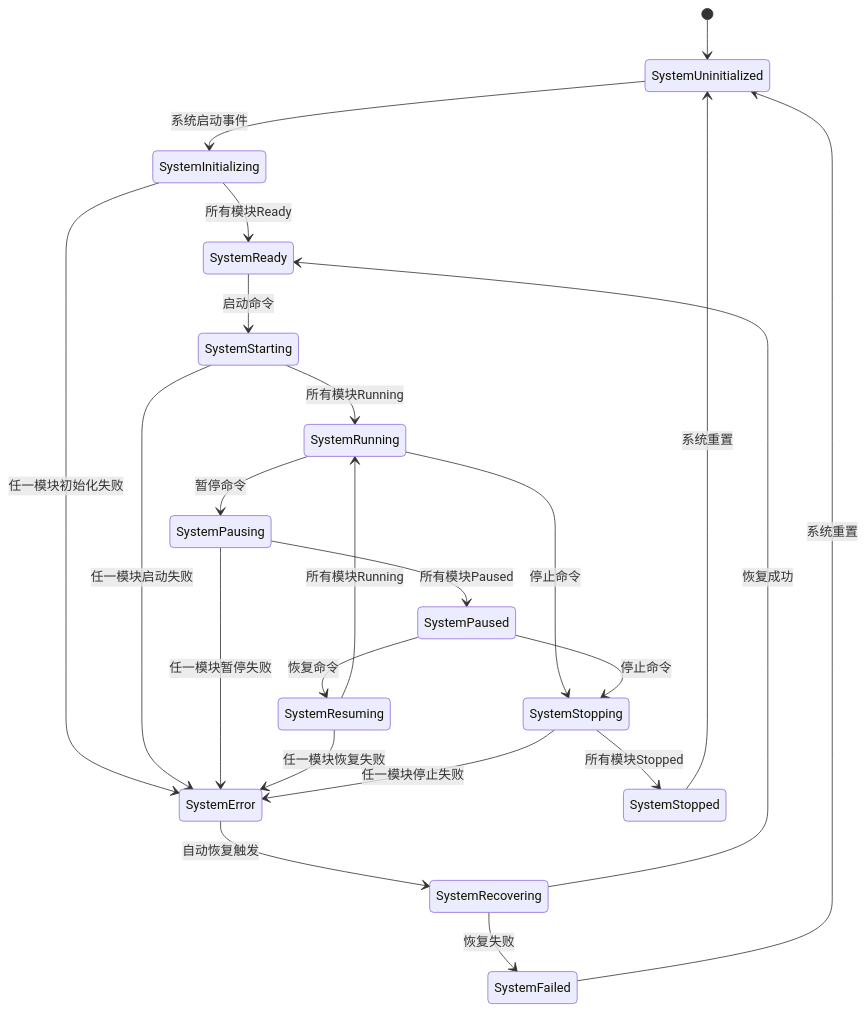
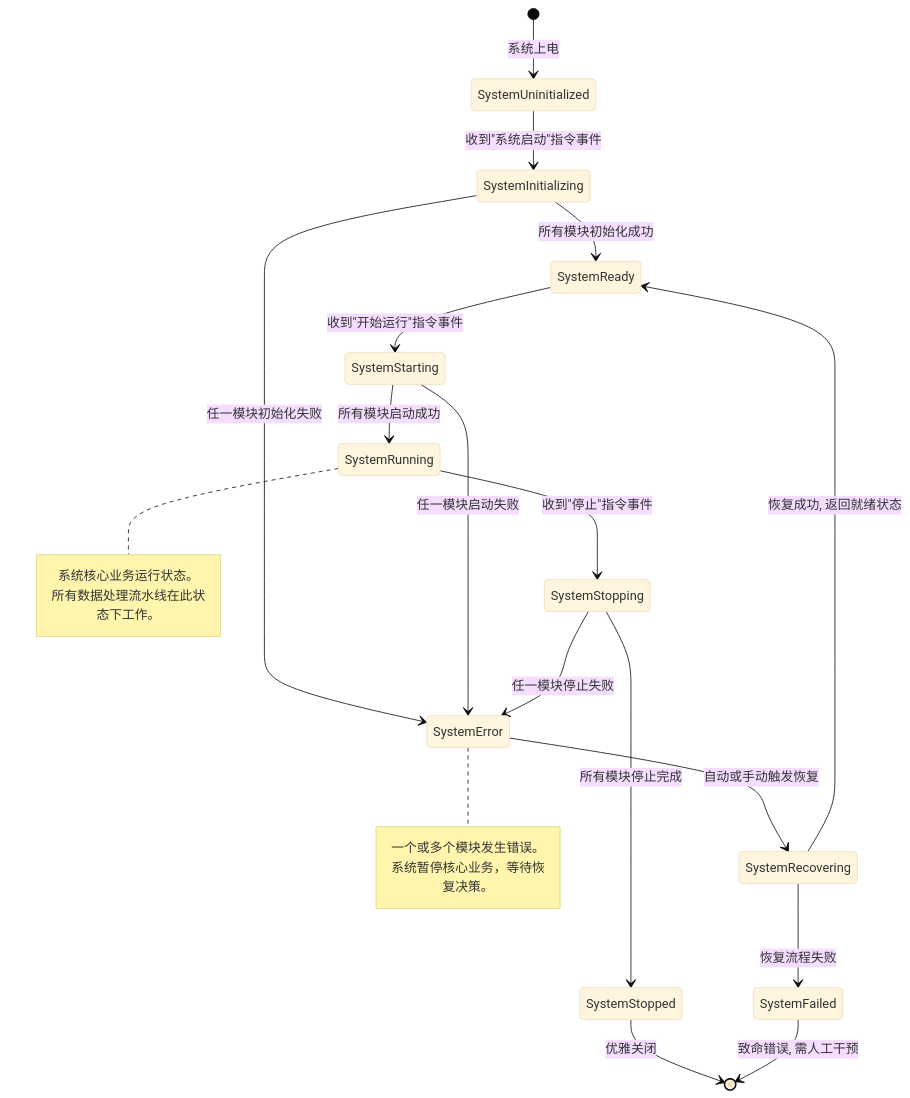
The fourth of 9 diagrams in docs/01_项目设计/02_模块设计/05_任务调度器设计.md (wendizhou99-cell/Radar), drawn with Mermaid before and after one commit. The commit also changed other lines of this file and 26 other files, not shown here.

First line of the commit message:
docs: 完成数据架构文档系列重构和Mermaid可视化指南增强

````diff
--- a/docs/01_项目设计/02_模块设计/05_任务调度器设计.md
+++ b/docs/01_项目设计/02_模块设计/05_任务调度器设计.md
@@ -368,32 +286,42 @@
 ```mermaid
+---
+  config:
+    theme: base
+    flowchart:
+      curve: basis
+---
 stateDiagram-v2
-    [*] --> SystemUninitialized
+    %% --- 图例 (上下文颜色语义) ---
+    %% 状态节点: 系统的各个宏观生命周期阶段。
+    %% 转换箭头: 触发状态变化的事件或条件。
 
-    SystemUninitialized --> SystemInitializing : 系统启动事件
-    SystemInitializing --> SystemReady : 所有模块Ready
+    [*] --> SystemUninitialized : 系统上电
+
+    SystemUninitialized --> SystemInitializing : 收到"系统启动"指令事件
+    SystemInitializing --> SystemReady : 所有模块初始化成功
     SystemInitializing --> SystemError : 任一模块初始化失败
 
-    SystemReady --> SystemStarting : 启动命令
-    SystemStarting --> SystemRunning : 所有模块Running
+    SystemReady --> SystemStarting : 收到"开始运行"指令事件
+    SystemStarting --> SystemRunning : 所有模块启动成功
     SystemStarting --> SystemError : 任一模块启动失败
 
-    SystemRunning --> SystemPausing : 暂停命令
-    SystemPausing --> SystemPaused : 所有模块Paused
-    SystemPausing --> SystemError : 任一模块暂停失败
-
-    SystemPaused --> SystemResuming : 恢复命令
-    SystemResuming --> SystemRunning : 所有模块Running
-    SystemResuming --> SystemError : 任一模块恢复失败
-
-    SystemRunning --> SystemStopping : 停止命令
-    SystemPaused --> SystemStopping : 停止命令
-    SystemStopping --> SystemStopped : 所有模块Stopped
+    SystemRunning --> SystemStopping : 收到"停止"指令事件
+    SystemStopping --> SystemStopped : 所有模块停止完成
     SystemStopping --> SystemError : 任一模块停止失败
 
-    SystemError --> SystemRecovering : 自动恢复触发
-    SystemRecovering --> SystemReady : 恢复成功
-    SystemRecovering --> SystemFailed : 恢复失败
+    SystemError --> SystemRecovering : 自动或手动触发恢复
+    SystemRecovering --> SystemReady : 恢复成功, 返回就绪状态
+    SystemRecovering --> SystemFailed : 恢复流程失败
 
-    SystemFailed --> SystemUninitialized : 系统重置
-    SystemStopped --> SystemUninitialized : 系统重置
+    SystemStopped --> [*] : 优雅关闭
+    SystemFailed --> [*] : 致命错误, 需人工干预
+
+    note right of SystemRunning
+      系统核心业务运行状态。
+      所有数据处理流水线在此状态下工作。
+    end note
+    note right of SystemError
+      一个或多个模块发生错误。
+      系统暂停核心业务，等待恢复决策。
+    end note
 ```
````
